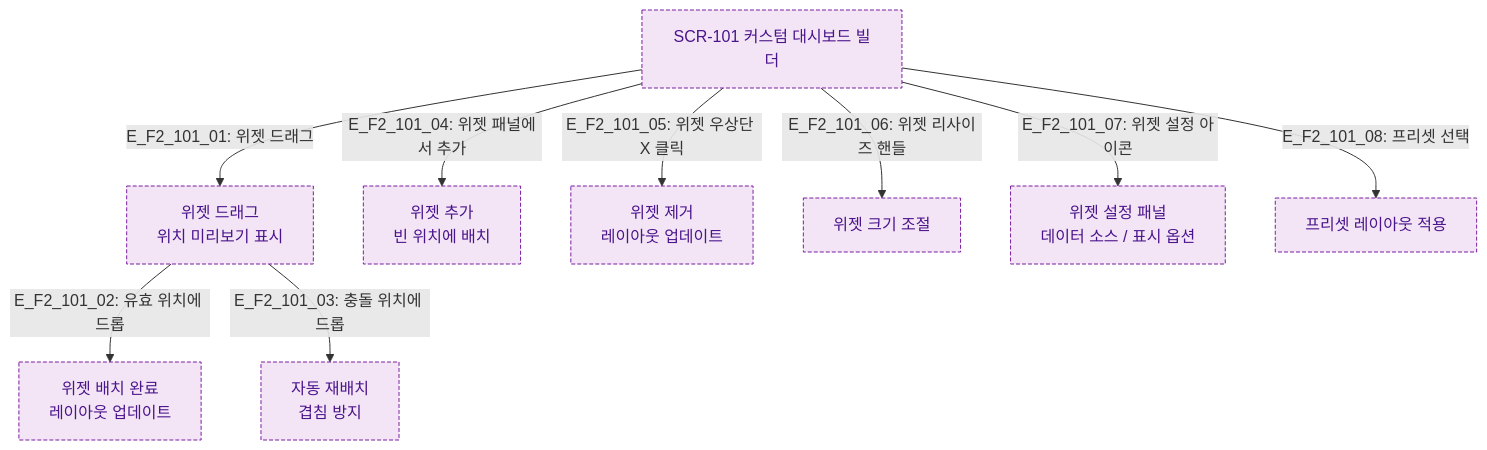
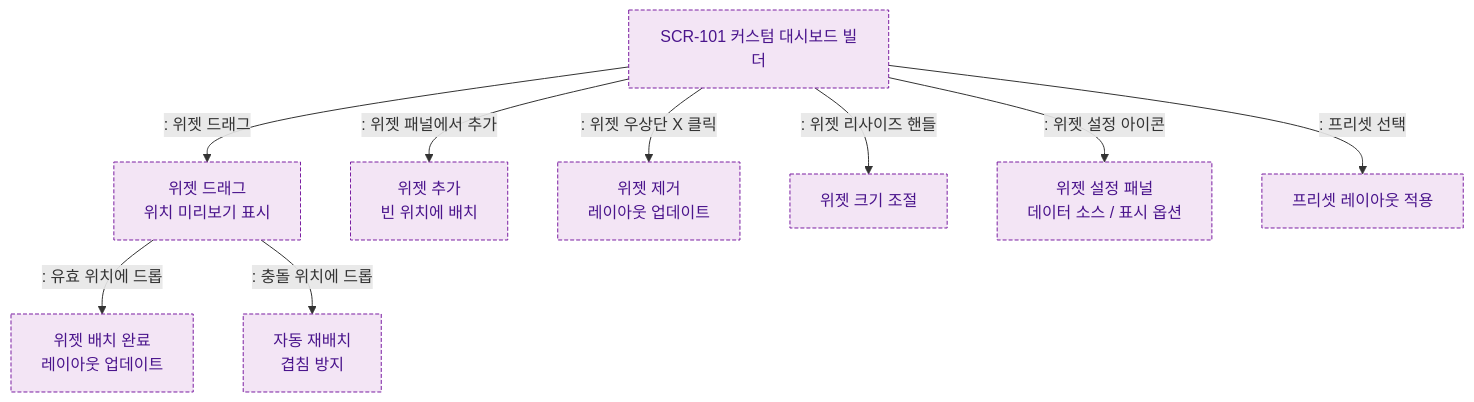
Before and after one commit to dev-spogym/admin-pando: the diagram in docs/다이어그램/D10_본사관리/SCR-101_커스텀대시보드빌더/F2_메인인터랙션.md, drawn with Mermaid. The commit also changed other lines of this file and 1660 other files, not shown here.

First line of the commit message:
다이어그램: 기획자/클라이언트 납품본으로 정리

````diff
--- a/docs/다이어그램/D10_본사관리/SCR-101_커스텀대시보드빌더/F2_메인인터랙션.md
+++ b/docs/다이어그램/D10_본사관리/SCR-101_커스텀대시보드빌더/F2_메인인터랙션.md
@@ -14,20 +12,20 @@
 ```mermaid
 flowchart TD
     SCR101[SCR-101 커스텀 대시보드 빌더]
 
-    SCR101 -->|"E_F2_101_01: 위젯 드래그"| DragWidget[위젯 드래그\n위치 미리보기 표시]
-    DragWidget -->|"E_F2_101_02: 유효 위치에 드롭"| DropOK[위젯 배치 완료\n레이아웃 업데이트]
-    DragWidget -->|"E_F2_101_03: 충돌 위치에 드롭"| AutoReplace[자동 재배치\n겹침 방지]
+    SCR101 -->|": 위젯 드래그"|DragWidget[위젯 드래그\n위치 미리보기 표시]
+    DragWidget -->|": 유효 위치에 드롭"|DropOK[위젯 배치 완료\n레이아웃 업데이트]
+    DragWidget -->|": 충돌 위치에 드롭"|AutoReplace[자동 재배치\n겹침 방지]
 
-    SCR101 -->|"E_F2_101_04: 위젯 패널에서 추가"| AddWidget[위젯 추가\n빈 위치에 배치]
-    SCR101 -->|"E_F2_101_05: 위젯 우상단 X 클릭"| RemoveWidget[위젯 제거\n레이아웃 업데이트]
-    SCR101 -->|"E_F2_101_06: 위젯 리사이즈 핸들"| ResizeWidget[위젯 크기 조절]
-    SCR101 -->|"E_F2_101_07: 위젯 설정 아이콘"| WidgetConfig[위젯 설정 패널\n데이터 소스 / 표시 옵션]
-    SCR101 -->|"E_F2_101_08: 프리셋 선택"| ApplyPreset[프리셋 레이아웃 적용]
+    SCR101 -->|": 위젯 패널에서 추가"|AddWidget[위젯 추가\n빈 위치에 배치]
+    SCR101 -->|": 위젯 우상단 X 클릭"|RemoveWidget[위젯 제거\n레이아웃 업데이트]
+    SCR101 -->|": 위젯 리사이즈 핸들"|ResizeWidget[위젯 크기 조절]
+    SCR101 -->|": 위젯 설정 아이콘"|WidgetConfig[위젯 설정 패널\n데이터 소스 / 표시 옵션]
+    SCR101 -->|": 프리셋 선택"|ApplyPreset[프리셋 레이아웃 적용]
 
     classDef screen fill:#E3F2FD,stroke:#1976D2,color:#0D47A1
     classDef newFeature fill:#F3E5F5,stroke:#7B1FA2,color:#4A148C,stroke-dasharray:4 2
     classDef system fill:#EDE7F6,stroke:#5E35B2
     class SCR101 newFeature
     class DragWidget,DropOK,AutoReplace,AddWidget,RemoveWidget,ResizeWidget,WidgetConfig,ApplyPreset newFeature
 ```
````
